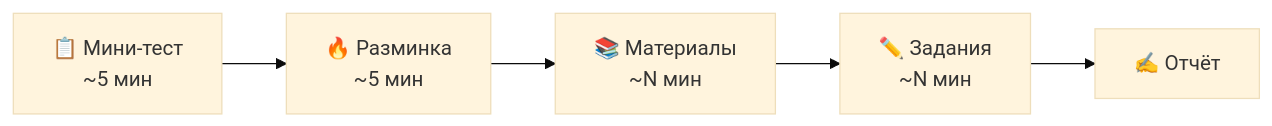
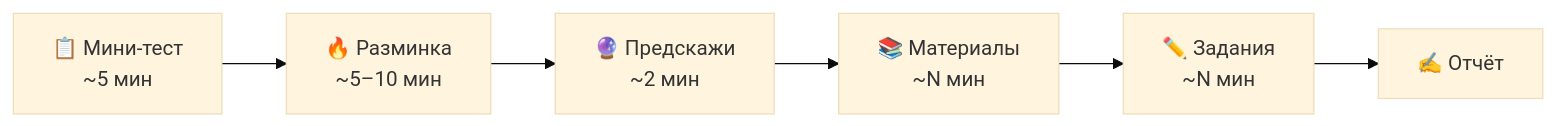
One commit to COMPACTBLUEFAN/turoring changed the first of 2 diagrams in Шаблоны/Сессия.md. Above: the diagram before and after it, drawn with Mermaid (base theme). The commit also changed other lines of this file and 83 other files, not shown here.

````diff
--- a/Шаблоны/Сессия.md
+++ b/Шаблоны/Сессия.md
@@ -14,4 +15,4 @@
 ```mermaid
 flowchart LR
-    A["📋 Мини-тест<br/>~5 мин"] --> B["🔥 Разминка<br/>~5 мин"] --> C["📚 Материалы<br/>~N мин"] --> D["✏️ Задания<br/>~N мин"] --> E["✍️ Отчёт"]
+    A["📋 Мини-тест<br/>~5 мин"] --> B["🔥 Разминка<br/>~5–10 мин"] --> P["🔮 Предскажи<br/>~2 мин"] --> C["📚 Материалы<br/>~N мин"] --> D["✏️ Задания<br/>~N мин"] --> E["✍️ Отчёт"]
 ```
````
